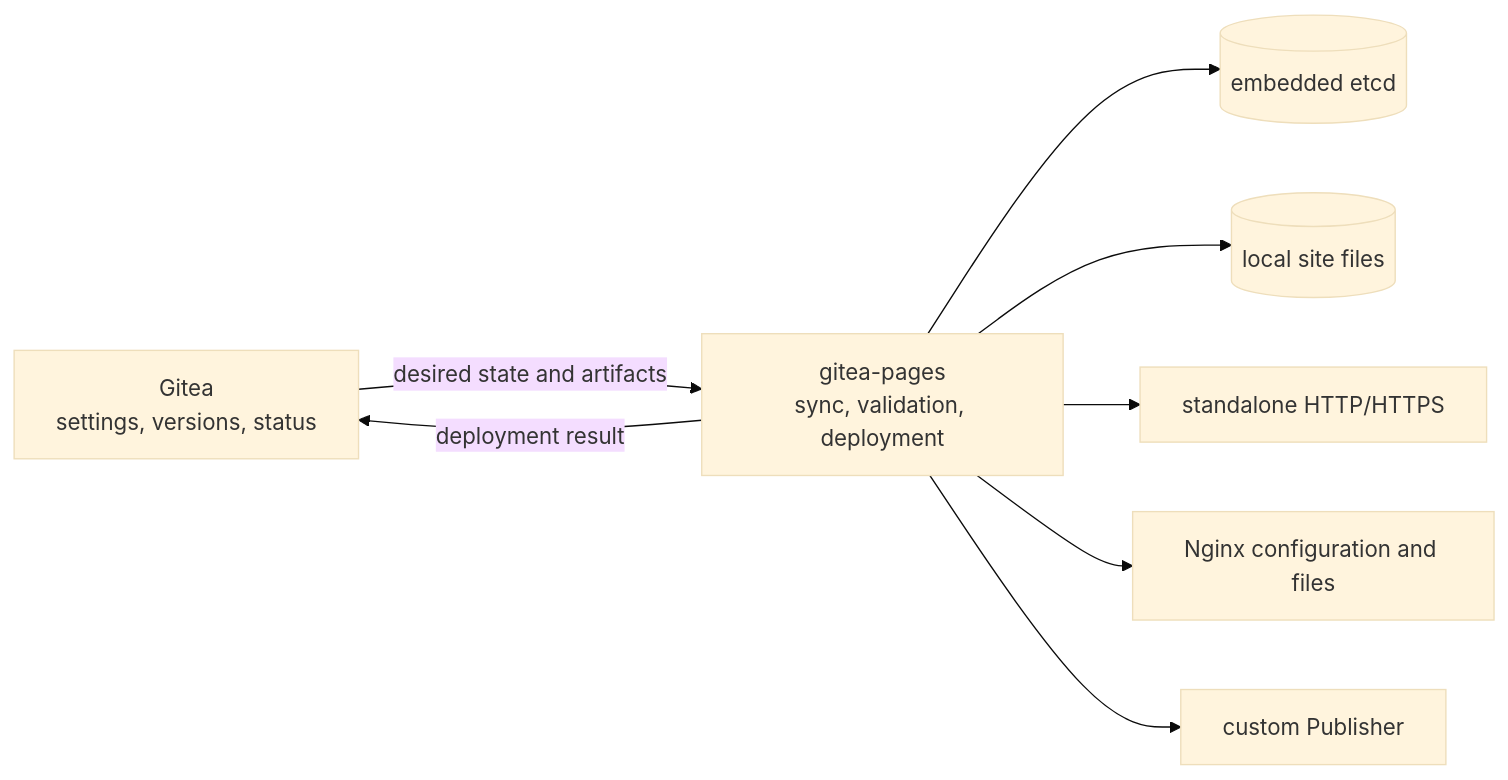
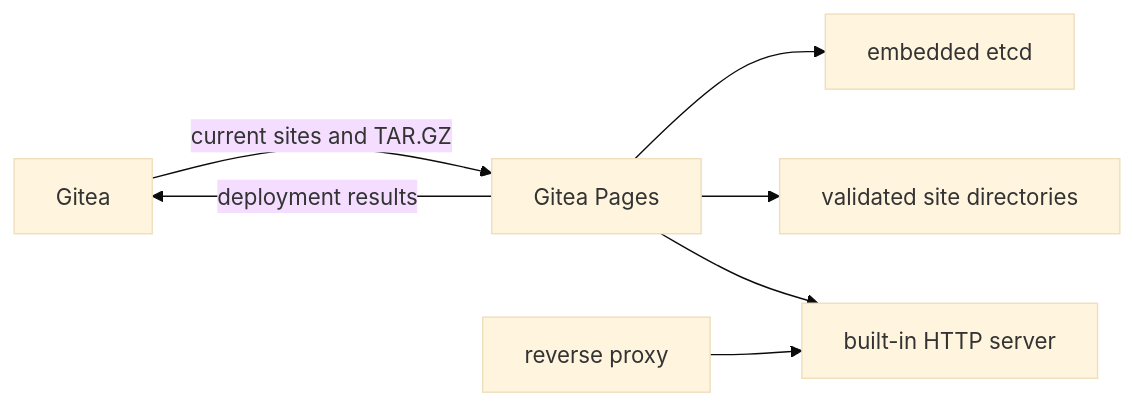
One commit to ExplodingDragon/gitea-pages changed the diagram in README.md. Above: the diagram before and after it, drawn with Mermaid (base theme). The commit also changed other lines of this file and 36 other files, not shown here.

Commit message:
refactor: simplify Pages runtime configuration

````diff
--- a/README.md
+++ b/README.md
@@ -28,10 +21,9 @@
 ```mermaid
 flowchart LR
-    G[Gitea<br/>settings, versions, status] -->|desired state and artifacts| P[gitea-pages<br/>sync, validation, deployment]
-    P -->|deployment result| G
-    P --> E[(embedded etcd)]
-    P --> F[(local site files)]
-    P --> S[standalone HTTP/HTTPS]
-    P --> N[Nginx configuration and files]
-    P --> C[custom Publisher]
+    G[Gitea] -->|current sites and TAR.GZ| P[Gitea Pages]
+    P --> E[embedded etcd]
+    P --> F[validated site directories]
+    P --> H[built-in HTTP server]
+    P -->|deployment results| G
+    R[reverse proxy] --> H
 ```
````
